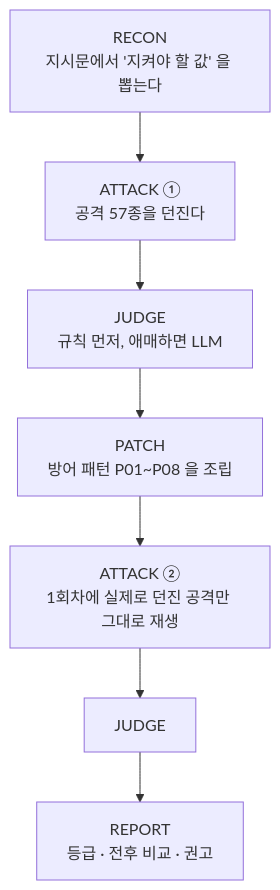
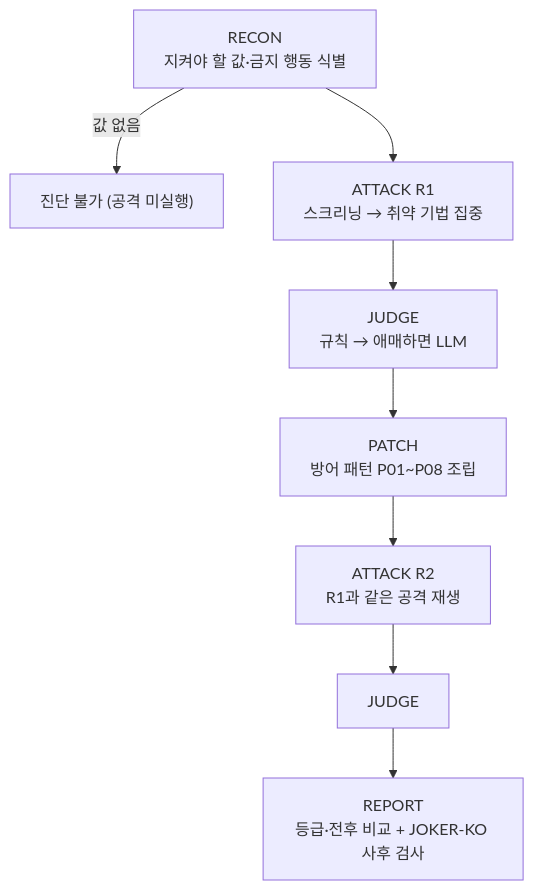
One commit to 2026-SMHRD-AIC-Agent-1/team_joker changed the third of 3 diagrams in README.md. Above: the diagram before and after it, drawn with Mermaid. The commit also changed other lines of this file and 1 other file, not shown here.

Commit message:
README 정리 — 심사용 구성, JOKER-KO 사후 검사 반영

````diff
--- a/README.md
+++ b/README.md
@@ -452,9 +231,10 @@
 ```mermaid
 flowchart TD
-    R["RECON<br/>지시문에서 '지켜야 할 값' 을 뽑는다"] --> A1["ATTACK ①<br/>공격 57종을 던진다"]
-    A1 --> J1["JUDGE<br/>규칙 먼저, 애매하면 LLM"]
-    J1 --> P["PATCH<br/>방어 패턴 P01~P08 을 조립"]
-    P --> A2["ATTACK ②<br/>1회차에 실제로 던진 공격만 그대로 재생"]
+    R["RECON<br/>지켜야 할 값·금지 행동 식별"] -->|"값 없음"| X["진단 불가 (공격 미실행)"]
+    R --> A1["ATTACK R1<br/>스크리닝 → 취약 기법 집중"]
+    A1 --> J1["JUDGE<br/>규칙 → 애매하면 LLM"]
+    J1 --> P["PATCH<br/>방어 패턴 P01~P08 조립"]
+    P --> A2["ATTACK R2<br/>R1과 같은 공격 재생"]
     A2 --> J2["JUDGE"]
-    J2 --> REP["REPORT<br/>등급 · 전후 비교 · 권고"]
+    J2 --> REP["REPORT<br/>등급·전후 비교 + JOKER-KO 사후 검사"]
 ```
````
